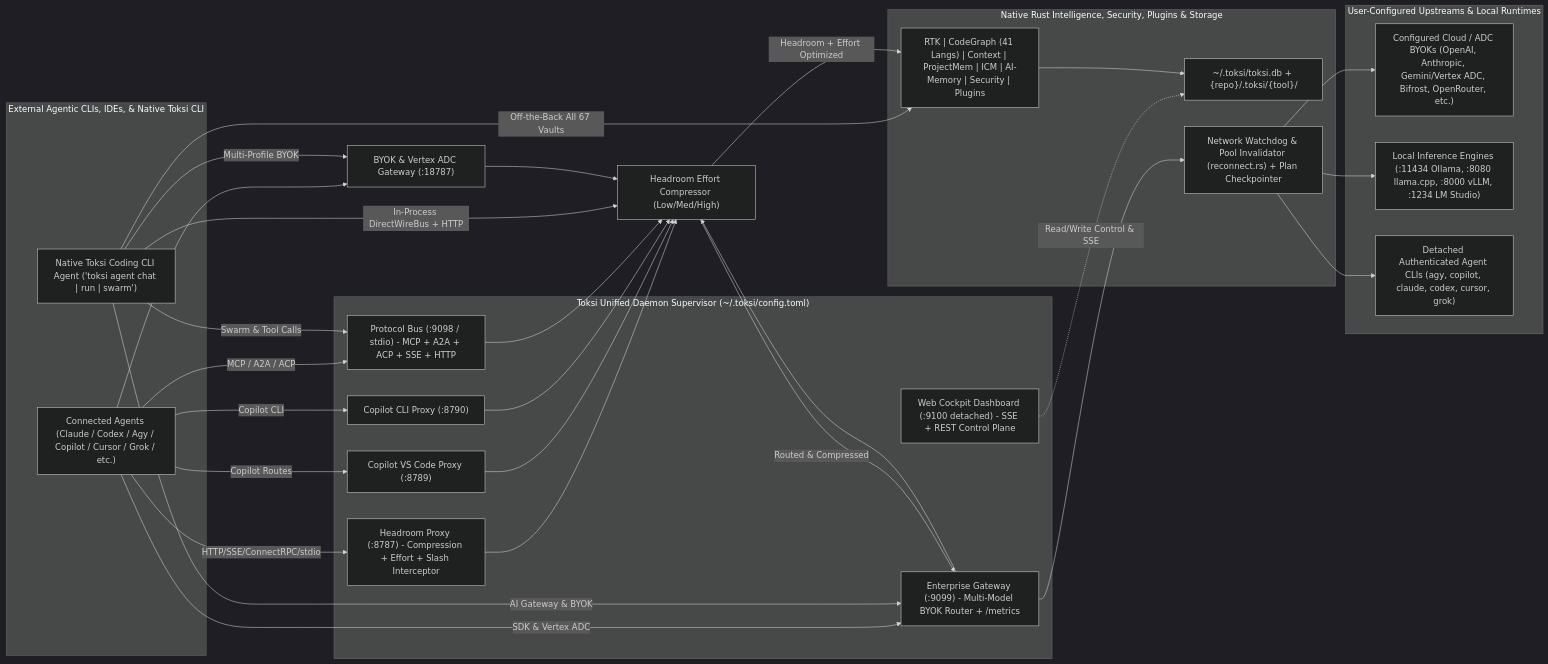
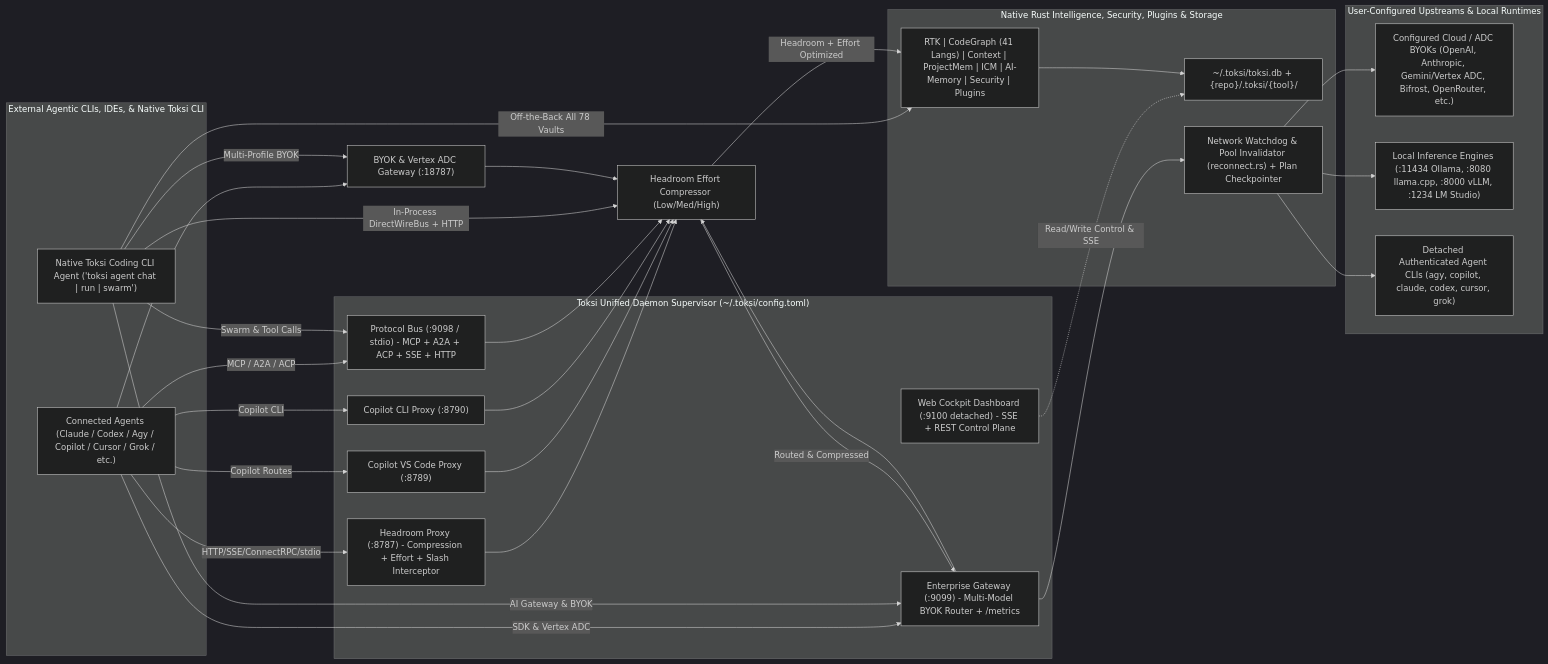
Before and after one commit to Navegos/neo: the first of 3 diagrams in crates/toksi/research/RESEARCHPLAN.md, drawn with Mermaid (dark theme). The commit also changed other lines of this file and 38 other files, not shown here.

````diff
--- a/crates/toksi/research/RESEARCHPLAN.md
+++ b/crates/toksi/research/RESEARCHPLAN.md
@@ -247,55 +314,55 @@
 ```mermaid
 flowchart LR
     subgraph Clients["External Agentic CLIs, IDEs, & Native Toksi CLI"]
         A1["Connected Agents (Claude / Codex / Agy / Copilot / Cursor / Grok / etc.)"]
         A2["Native Toksi Coding CLI Agent ('toksi agent chat | run | swarm')"]
     end
 
     subgraph Runtime["Toksi Unified Daemon Supervisor (~/.toksi/config.toml)"]
         P8787["Headroom Proxy (:8787) - Compression + Effort + Slash Interceptor"]
         P8789["Copilot VS Code Proxy (:8789)"]
         P8790["Copilot CLI Proxy (:8790)"]
         P9098["Protocol Bus (:9098 / stdio) - MCP + A2A + ACP + SSE + HTTP"]
         P9099["Enterprise Gateway (:9099) - Multi-Model BYOK Router + /metrics"]
         P9100["Web Cockpit Dashboard (:9100 detached) - SSE + REST Control Plane"]
     end
 
     subgraph Core["Native Rust Intelligence, Security, Plugins & Storage"]
         Tools["RTK | CodeGraph (41 Langs) | Context | ProjectMem | ICM | AI-Memory | Security | Plugins"]
         DB["~/.toksi/toksi.db + {repo}/.toksi/{tool}/"]
         Heal["Network Watchdog & Pool Invalidator (reconnect.rs) + Plan Checkpointer"]
     end
 
     subgraph Upstream["User-Configured Upstreams & Local Runtimes"]
         Cloud["Configured Cloud / ADC BYOKs (OpenAI, Anthropic, Gemini/Vertex ADC, Bifrost, OpenRouter, etc.)"]
         Local["Local Inference Engines (:11434 Ollama, :8080 llama.cpp, :8000 vLLM, :1234 LM Studio)"]
         CLI["Detached Authenticated Agent CLIs (agy, copilot, claude, codex, cursor, grok)"]
     end
 
     A1 -->|HTTP/SSE/ConnectRPC/stdio| P8787
     A1 -->|Copilot Routes| P8789
     A1 -->|Copilot CLI| P8790
     A1 -->|MCP / A2A / ACP| P9098
     A1 -->|SDK & Vertex ADC| P9099
     A1 -->|"<byok, model, effort>"| P18787["BYOK & Vertex ADC Gateway (:18787)"]
     A2 -->|In-Process DirectWireBus + HTTP| Compress["Headroom Effort Compressor (Low/Med/High)"]
     A2 -->|Swarm & Tool Calls| P9098
     A2 -->|AI Gateway & BYOK| P9099
     A2 -->|Multi-Profile BYOK| P18787
-    A2 -->|Off-the-Back All 67 Vaults| Tools
+    A2 -->|Off-the-Back All 78 Vaults| Tools
 
     P8787 --> Compress
     P8789 --> Compress
     P8790 --> Compress
     P9098 --> Compress
     P9099 --> Compress
     P18787 --> Compress
     Compress -->|Headroom + Effort Optimized| Tools
     Compress -->|Routed & Compressed| P9099
     P9099 --> Heal
     Heal --> Cloud
     Heal --> Local
     Heal --> CLI
     P9100 -.->|Read/Write Control & SSE| DB
     Tools --> DB
 ```
````
